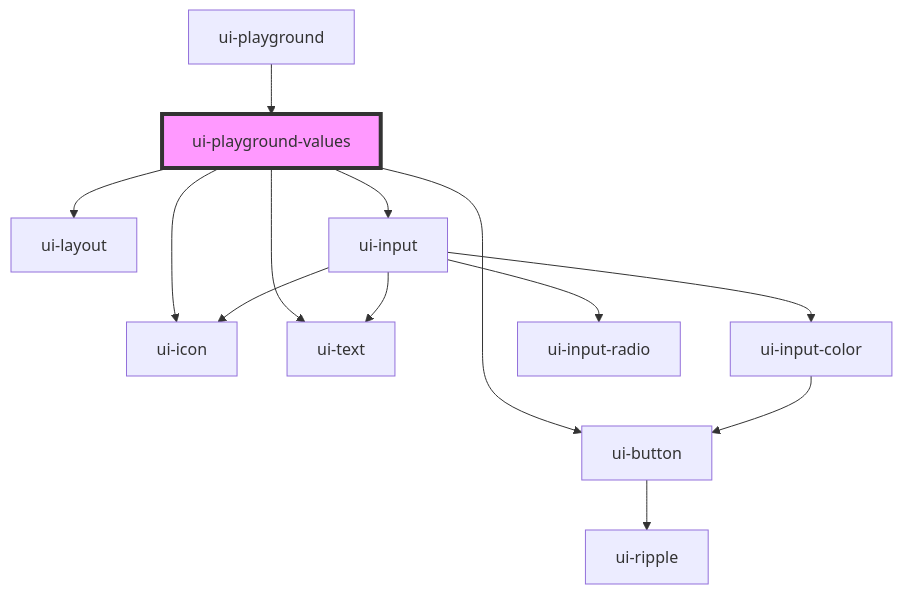
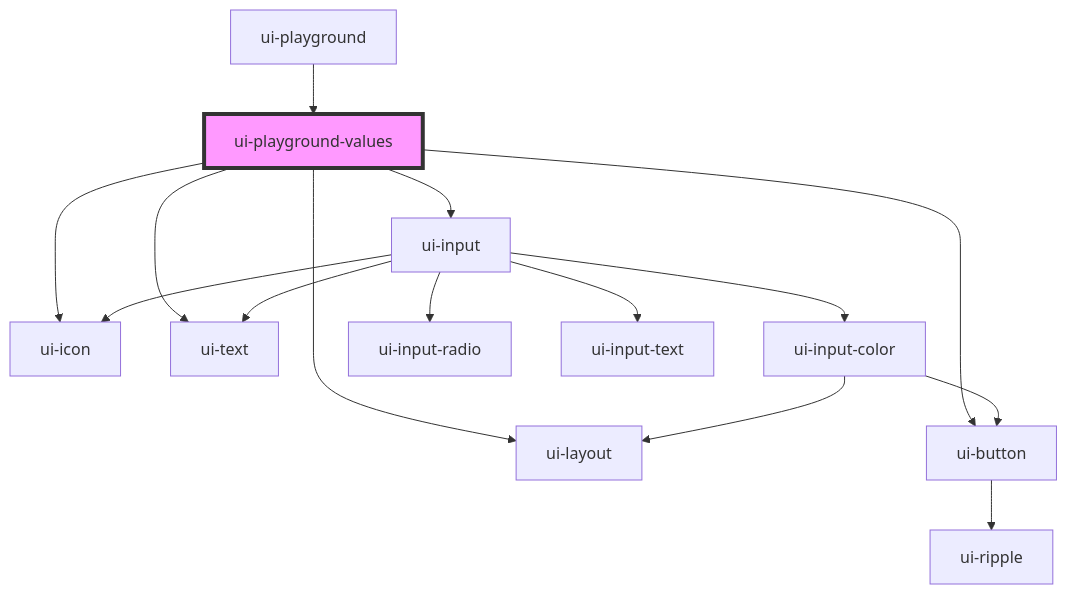
Before and after one commit to shahzad1970/psycho-ui: the diagram in src/components/ui-playground/ui-playground-values/readme.md, drawn with Mermaid. The commit also changed 112 other files, not shown here.

````diff
--- a/src/components/ui-playground/ui-playground-values/readme.md
+++ b/src/components/ui-playground/ui-playground-values/readme.md
@@ -30,16 +30,18 @@
 ```mermaid
 graph TD;
   ui-playground-values --> ui-layout
   ui-playground-values --> ui-input
   ui-playground-values --> ui-icon
   ui-playground-values --> ui-button
   ui-playground-values --> ui-text
   ui-input --> ui-icon
   ui-input --> ui-text
   ui-input --> ui-input-color
   ui-input --> ui-input-radio
+  ui-input --> ui-input-text
+  ui-input-color --> ui-layout
   ui-input-color --> ui-button
   ui-button --> ui-ripple
   ui-playground --> ui-playground-values
   style ui-playground-values fill:#f9f,stroke:#333,stroke-width:4px
 ```
````
